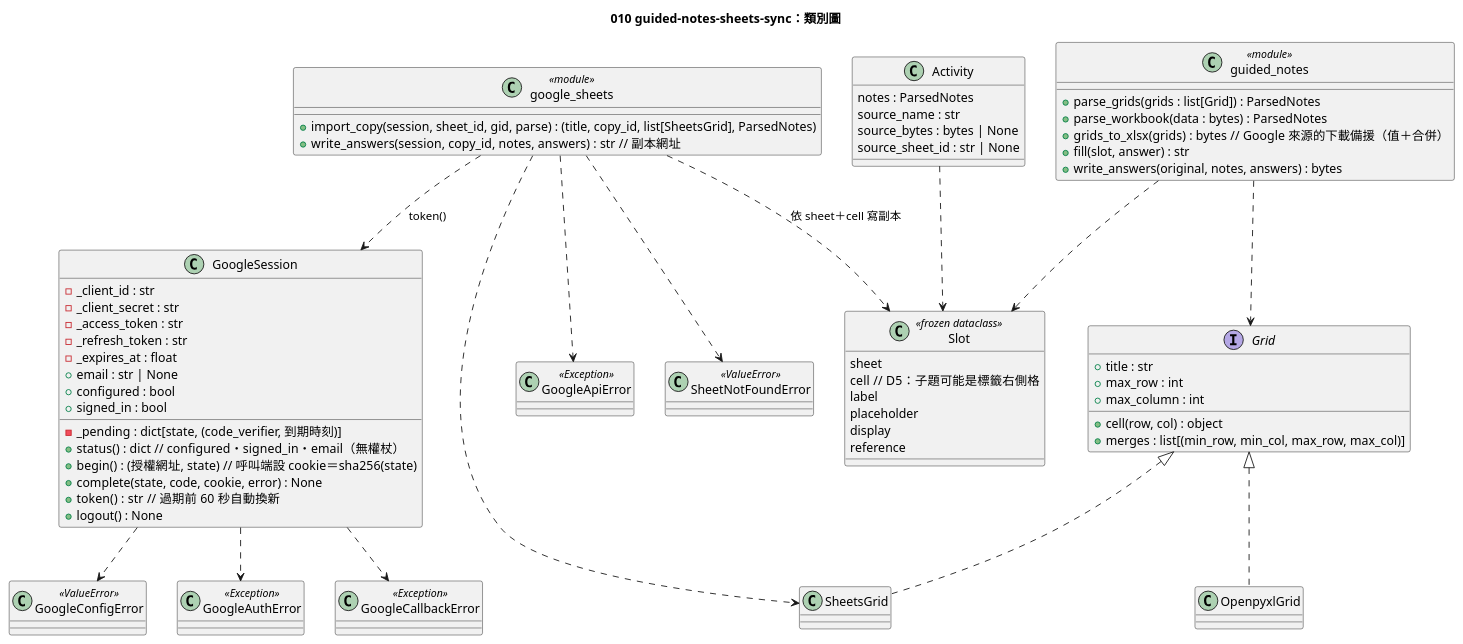
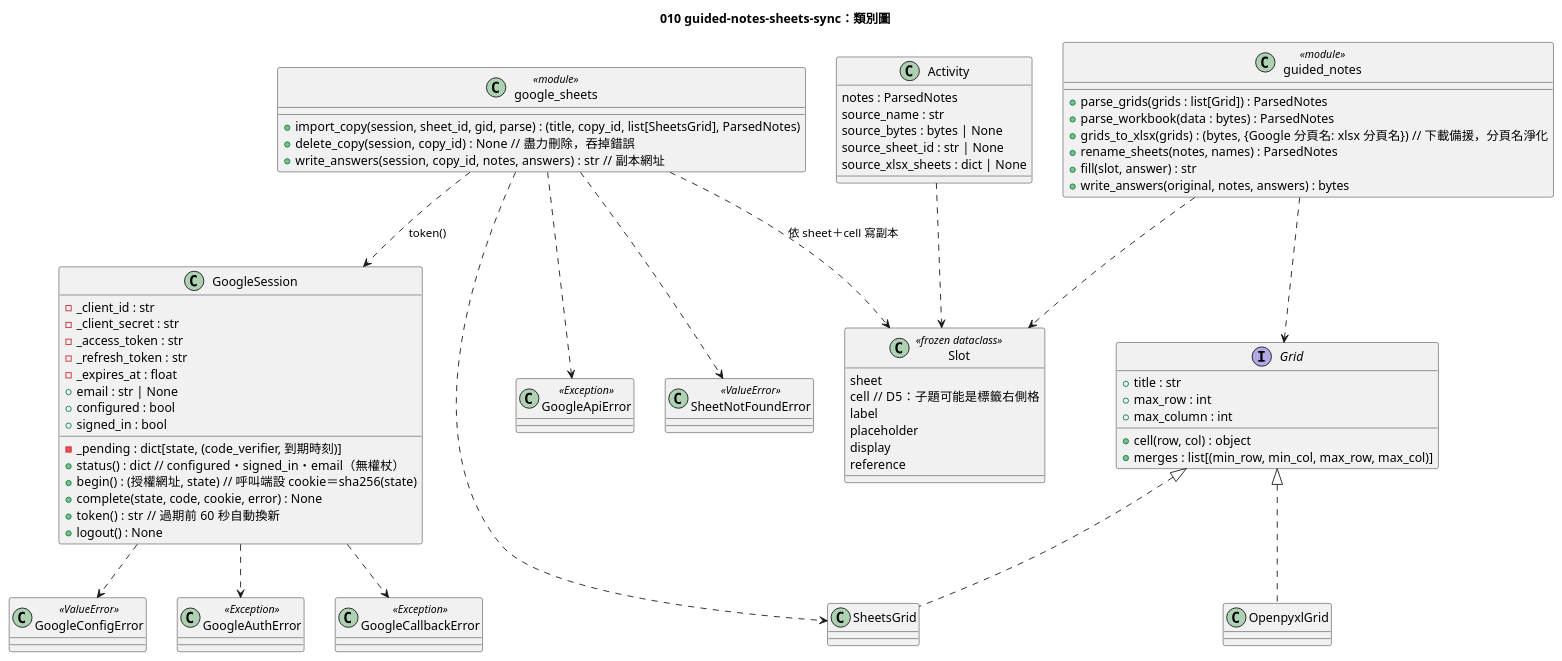
The diagram in diagrams/010-guided-notes-sheets-sync-class.puml (yue083139/software_fin-speckit), drawn with PlantUML before and after one commit. The commit also changed 16 other files, not shown here.

First line of the commit message:
fix(server): [CORE] guided-notes-sheets-sync 實作輪評審藥方

```diff
--- a/diagrams/010-guided-notes-sheets-sync-class.puml
+++ b/diagrams/010-guided-notes-sheets-sync-class.puml
@@ -1,80 +1,83 @@
 @startuml 010-guided-notes-sheets-sync-class
 title 010 guided-notes-sheets-sync：類別圖
 
 class GoogleSession {
   - _client_id : str
   - _client_secret : str
   - _pending : dict[state, (code_verifier, 到期時刻)]
   - _access_token : str
   - _refresh_token : str
   - _expires_at : float
   + email : str | None
   + configured : bool
   + signed_in : bool
   + status() : dict  // configured・signed_in・email（無權杖）
   + begin() : (授權網址, state)  // 呼叫端設 cookie＝sha256(state)
   + complete(state, code, cookie, error) : None
   + token() : str  // 過期前 60 秒自動換新
   + logout() : None
 }
 
 class GoogleConfigError <<ValueError>>
 class GoogleAuthError <<Exception>>
 class GoogleCallbackError <<Exception>>
 class GoogleApiError <<Exception>>
 class SheetNotFoundError <<ValueError>>
 
 class google_sheets <<module>> {
   + import_copy(session, sheet_id, gid, parse) : (title, copy_id, list[SheetsGrid], ParsedNotes)
+  + delete_copy(session, copy_id) : None  // 盡力刪除，吞掉錯誤
   + write_answers(session, copy_id, notes, answers) : str  // 副本網址
 }
 
 interface Grid {
   + title : str
   + max_row : int
   + max_column : int
   + cell(row, col) : object
   + merges : list[(min_row, min_col, max_row, max_col)]
 }
 
 class OpenpyxlGrid
 class SheetsGrid
 
 class guided_notes <<module>> {
   + parse_grids(grids : list[Grid]) : ParsedNotes
   + parse_workbook(data : bytes) : ParsedNotes
-  + grids_to_xlsx(grids) : bytes  // Google 來源的下載備援（值＋合併）
+  + grids_to_xlsx(grids) : (bytes, {Google 分頁名: xlsx 分頁名})  // 下載備援，分頁名淨化
+  + rename_sheets(notes, names) : ParsedNotes
   + fill(slot, answer) : str
   + write_answers(original, notes, answers) : bytes
 }
 
 class Slot <<frozen dataclass>> {
   sheet
   cell  // D5：子題可能是標籤右側格
   label
   placeholder
   display
   reference
 }
 
 class Activity {
   notes : ParsedNotes
   source_name : str
   source_bytes : bytes | None
   source_sheet_id : str | None
+  source_xlsx_sheets : dict | None
 }
 
 Grid <|.. OpenpyxlGrid
 Grid <|.. SheetsGrid
 google_sheets ..> GoogleSession : token()
 google_sheets ..> SheetsGrid
 google_sheets ..> Slot : 依 sheet＋cell 寫副本
 guided_notes ..> Grid
 guided_notes ..> Slot
 GoogleSession ..> GoogleAuthError
 GoogleSession ..> GoogleConfigError
 GoogleSession ..> GoogleCallbackError
 google_sheets ..> SheetNotFoundError
 google_sheets ..> GoogleApiError
 Activity ..> Slot
 @enduml
```
